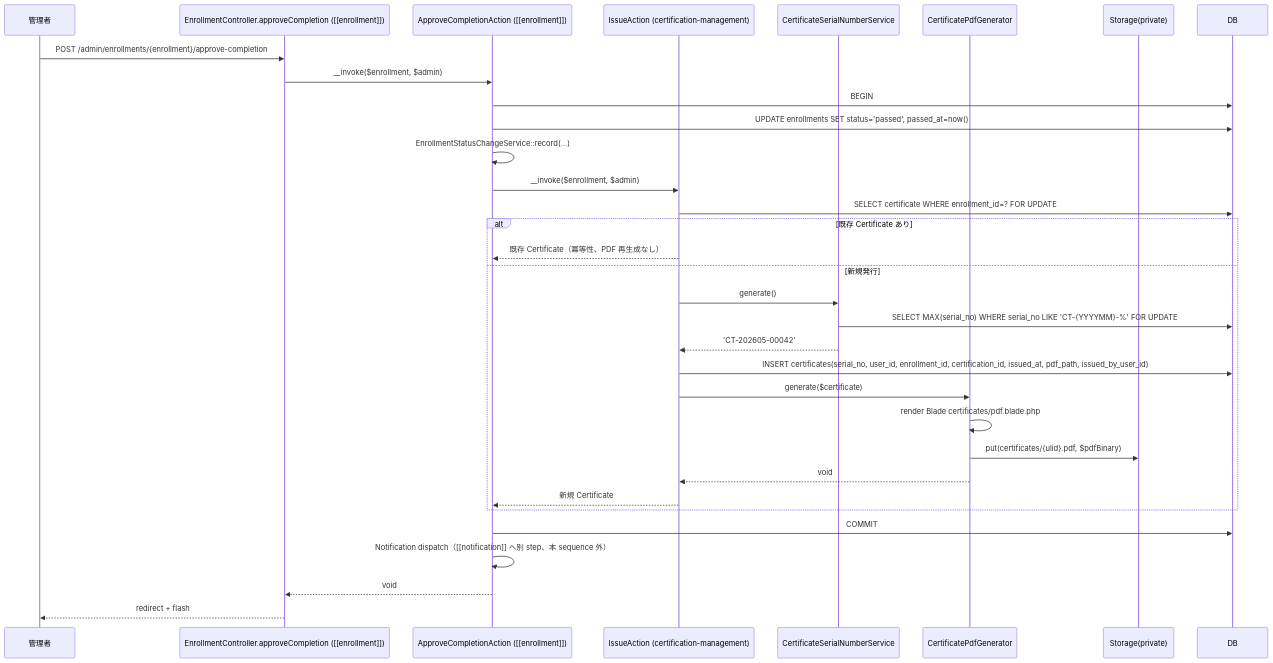
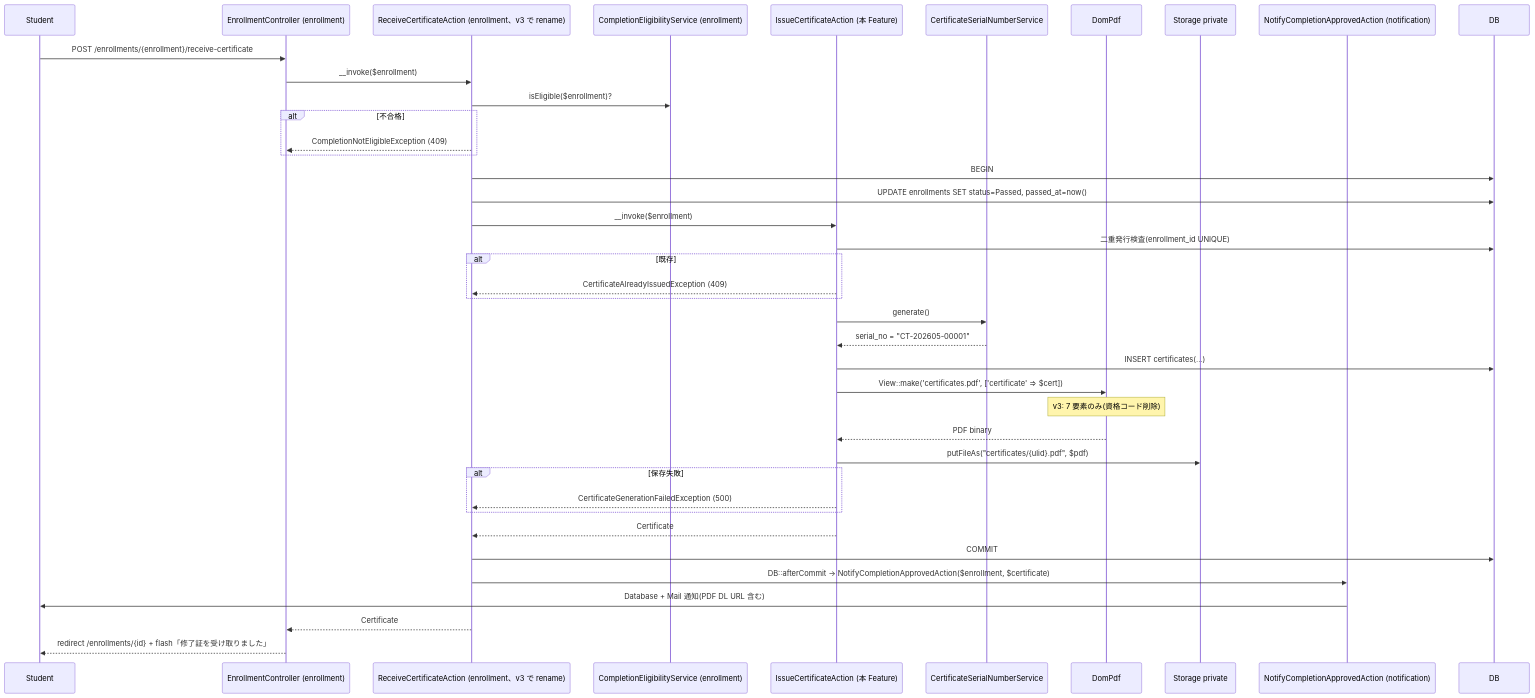
One commit to coachtech-mockcase-second/ExampleAnswer-mockcase-CertifyLMS changed the first of 3 diagrams in docs/specs/certification-management/design.md. Above: the diagram before and after it, drawn with Mermaid. The commit also changed other lines of this file and 67 other files, not shown here.

````diff
--- a/docs/specs/certification-management/design.md
+++ b/docs/specs/certification-management/design.md
@@ -125,36 +15,43 @@
 ```mermaid
 sequenceDiagram
-    participant Admin as 管理者
-    participant EC as EnrollmentController.approveCompletion ([[enrollment]])
-    participant EA as ApproveCompletionAction ([[enrollment]])
-    participant ICA as IssueAction (certification-management)
-    participant SS as CertificateSerialNumberService
-    participant PG as CertificatePdfGenerator
-    participant Storage as Storage(private)
-    participant DB as DB
+    participant Student
+    participant EC as EnrollmentController (enrollment)
+    participant RCA as ReceiveCertificateAction (enrollment、v3 で rename)
+    participant CES as CompletionEligibilityService (enrollment)
+    participant ICA as IssueCertificateAction (本 Feature)
+    participant CSN as CertificateSerialNumberService
+    participant PDF as DomPdf
+    participant Storage as Storage private
+    participant Notif as NotifyCompletionApprovedAction (notification)
+    participant DB
 
-    Admin->>EC: POST /admin/enrollments/{enrollment}/approve-completion
-    EC->>EA: __invoke($enrollment, $admin)
-    EA->>DB: BEGIN
-    EA->>DB: UPDATE enrollments SET status='passed', passed_at=now()
-    EA->>EA: EnrollmentStatusChangeService::record(...)
-    EA->>ICA: __invoke($enrollment, $admin)
-    ICA->>DB: SELECT certificate WHERE enrollment_id=? FOR UPDATE
-    alt 既存 Certificate あり
-        ICA-->>EA: 既存 Certificate（冪等性、PDF 再生成なし）
-    else 新規発行
-        ICA->>SS: generate()
-        SS->>DB: SELECT MAX(serial_no) WHERE serial_no LIKE 'CT-{YYYYMM}-%' FOR UPDATE
-        SS-->>ICA: 'CT-202605-00042'
-        ICA->>DB: INSERT certificates(serial_no, user_id, enrollment_id, certification_id, issued_at, pdf_path, issued_by_user_id)
-        ICA->>PG: generate($certificate)
-        PG->>PG: render Blade certificates/pdf.blade.php
-        PG->>Storage: put(certificates/{ulid}.pdf, $pdfBinary)
-        PG-->>ICA: void
-        ICA-->>EA: 新規 Certificate
+    Student->>EC: POST /enrollments/{enrollment}/receive-certificate
+    EC->>RCA: __invoke($enrollment)
+    RCA->>CES: isEligible($enrollment)?
+    alt 不合格
+        RCA-->>EC: CompletionNotEligibleException (409)
     end
-    EA->>DB: COMMIT
-    EA->>EA: Notification dispatch（[[notification]] へ別 step、本 sequence 外）
-    EA-->>EC: void
-    EC-->>Admin: redirect + flash
+    RCA->>DB: BEGIN
+    RCA->>DB: UPDATE enrollments SET status=Passed, passed_at=now()
+    RCA->>ICA: __invoke($enrollment)
+    ICA->>DB: 二重発行検査(enrollment_id UNIQUE)
+    alt 既存
+        ICA-->>RCA: CertificateAlreadyIssuedException (409)
+    end
+    ICA->>CSN: generate()
+    CSN-->>ICA: serial_no = "CT-202605-00001"
+    ICA->>DB: INSERT certificates(...)
+    ICA->>PDF: View::make('certificates.pdf', ['certificate' => $cert])
+    Note over PDF: v3: 7 要素のみ(資格コード削除)
+    PDF-->>ICA: PDF binary
+    ICA->>Storage: putFileAs("certificates/{ulid}.pdf", $pdf)
+    alt 保存失敗
+        ICA-->>RCA: CertificateGenerationFailedException (500)
+    end
+    ICA-->>RCA: Certificate
+    RCA->>DB: COMMIT
+    RCA->>Notif: DB::afterCommit → NotifyCompletionApprovedAction($enrollment, $certificate)
+    Notif->>Student: Database + Mail 通知(PDF DL URL 含む)
+    RCA-->>EC: Certificate
+    EC-->>Student: redirect /enrollments/{id} + flash「修了証を受け取りました」
 ```
````
